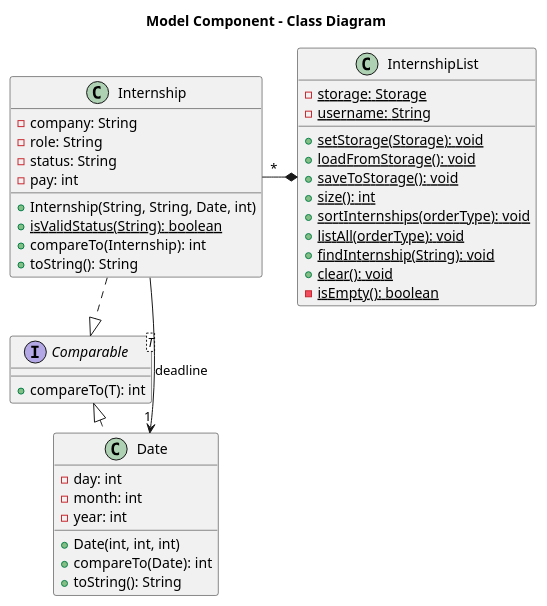
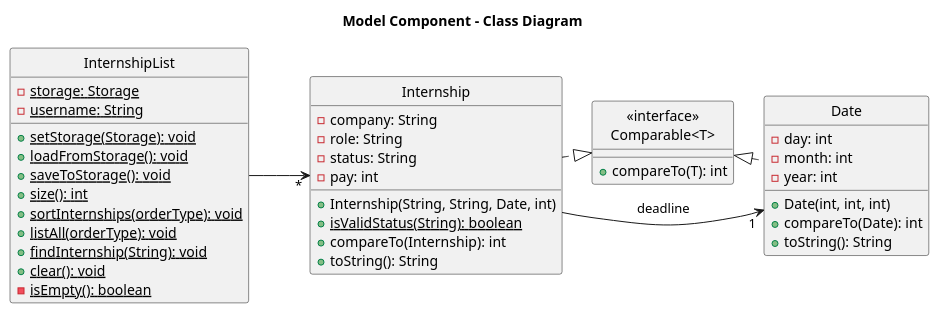
One commit to AY2526S1-CS2113-W14-4/tp changed the diagram in docs/diagrams/ModelComponentCD.puml. Above: the diagram before and after it, drawn with PlantUML. The commit also changed 9 other files, not shown here.

Commit message:
Update diagrams

```diff
--- a/docs/diagrams/ModelComponentCD.puml
+++ b/docs/diagrams/ModelComponentCD.puml
@@ -1,48 +1,52 @@
 @startuml ModelComponentCD
+hide circle
 title Model Component - Class Diagram
+left to right direction
+
+
 
 class InternshipList {
   - {static} storage: Storage
   - {static} username: String
   + {static} setStorage(Storage): void
   + {static} loadFromStorage(): void
   + {static} saveToStorage(): void
   + {static} size(): int
   + {static} sortInternships(orderType): void
   + {static} listAll(orderType): void
   + {static} findInternship(String): void
   + {static} clear(): void
   - {static} isEmpty(): boolean
 }
 
-interface Comparable<T> {
+class "<<interface>>\nComparable<T>" {
     + compareTo(T): int
 }
 
 class Internship {
   - company: String
   - role: String
   - status: String
   - pay: int
   + Internship(String, String, Date, int)
   + {static} isValidStatus(String): boolean
   + compareTo(Internship): int
   + toString(): String
 }
 
 class Date {
   - day: int
   - month: int
   - year: int
   + Date(int, int, int)
   + compareTo(Date): int
   + toString(): String
 }
 
 
-InternshipList *-left- "*" Internship
-Internship .|> Comparable
-Date .left.|> Comparable
+InternshipList --> "*" Internship
+Internship .|> "<<interface>>\nComparable<T>"
+Date .left.|> "<<interface>>\nComparable<T>"
 Internship --> "1" Date : deadline
 
 @enduml
```
